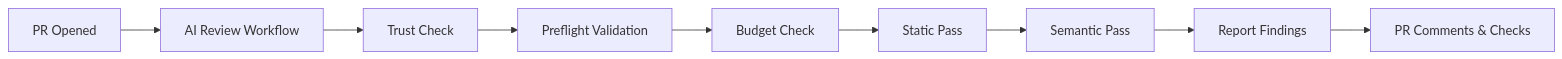
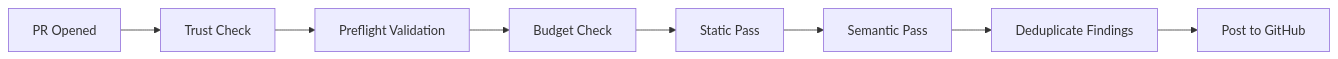
Before and after one commit to oddessentials/odd-ai-reviewers: the diagram in README.md, drawn with Mermaid. The commit also changed other lines of this file and 12 other files, not shown here.

````diff
--- a/README.md
+++ b/README.md
@@ -86,11 +128,10 @@
 ```mermaid
 graph LR
-    A[PR Opened] --> B[AI Review Workflow]
-    B --> C[Trust Check]
-    C --> D[Preflight Validation]
-    D --> E[Budget Check]
-    E --> F[Static Pass]
-    F --> G[Semantic Pass]
-    G --> H[Report Findings]
-    H --> I[PR Comments & Checks]
+    A[PR Opened] --> B[Trust Check]
+    B --> C[Preflight Validation]
+    C --> D[Budget Check]
+    D --> E[Static Pass]
+    E --> F[Semantic Pass]
+    F --> G[Deduplicate Findings]
+    G --> H[Post to GitHub]
 ```
````
